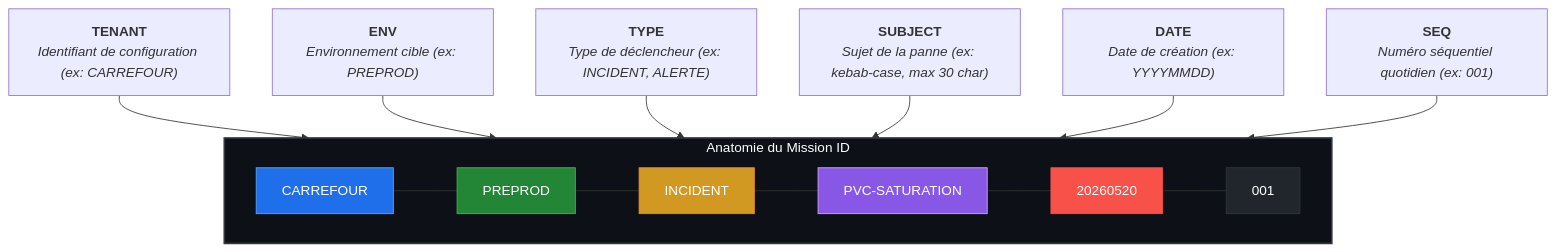
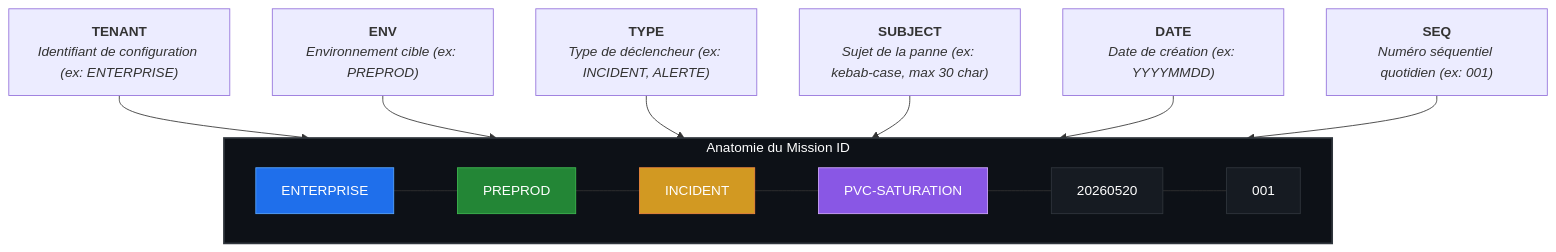
The sixth of 6 diagrams in README.md (arabaaoui/kafka-agentic-platform), drawn with Mermaid before and after one commit. The commit also changed other lines of this file and 73 other files, not shown here.

Commit message:
chore: unify README diagram styles and anonymize codebase for open-source

````diff
--- a/README.md
+++ b/README.md
@@ -281,22 +287,22 @@
 ```mermaid
 flowchart TD
     subgraph MID["Anatomie du Mission ID"]
         direction LR
-        A["CARREFOUR"] --- B["PREPROD"] --- C["INCIDENT"] --- D["PVC-SATURATION"] --- E["20260520"] --- F["001"]
+        A["ENTERPRISE"] --- B["PREPROD"] --- C["INCIDENT"] --- D["PVC-SATURATION"] --- E["20260520"] --- F["001"]
     end
 
-    A1["<b>TENANT</b><br><i>Identifiant de configuration (ex: CARREFOUR)</i>"] --> A
+    A1["<b>TENANT</b><br><i>Identifiant de configuration (ex: ENTERPRISE)</i>"] --> A
     B1["<b>ENV</b><br><i>Environnement cible (ex: PREPROD)</i>"] --> B
     C1["<b>TYPE</b><br><i>Type de déclencheur (ex: INCIDENT, ALERTE)</i>"] --> C
     D1["<b>SUBJECT</b><br><i>Sujet de la panne (ex: kebab-case, max 30 char)</i>"] --> D
     E1["<b>DATE</b><br><i>Date de création (ex: YYYYMMDD)</i>"] --> E
     F1["<b>SEQ</b><br><i>Numéro séquentiel quotidien (ex: 001)</i>"] --> F
 
     style MID fill:#0d1117,stroke:#30363d,stroke-width:2px,color:#fff
     style A fill:#1f6feb,stroke:#58a6ff,stroke-width:1px,color:#fff
     style B fill:#238636,stroke:#3fb950,stroke-width:1px,color:#fff
     style C fill:#d29922,stroke:#f0883e,stroke-width:1px,color:#fff
     style D fill:#8957e5,stroke:#d2a8ff,stroke-width:1px,color:#fff
-    style E fill:#f85149,stroke:#f85149,stroke-width:1px,color:#fff
-    style F fill:#21262d,stroke:#30363d,stroke-width:1px,color:#fff
+    style E fill:#161b22,stroke:#30363d,stroke-width:1px,color:#fff
+    style F fill:#161b22,stroke:#30363d,stroke-width:1px,color:#fff
 ```
````
